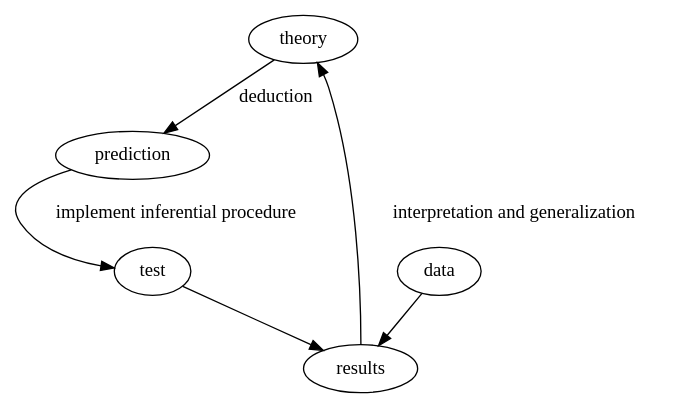
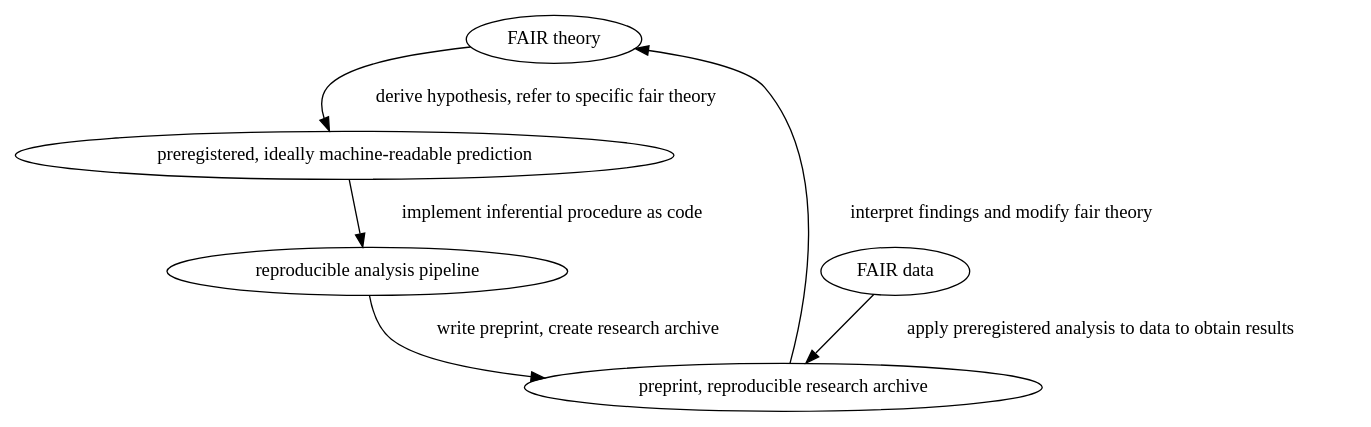
One commit to cjvanlissa/empirical_cycle_-_Van_Lissa changed the diagram in empirical_cycle.dot. Above: the diagram before and after it, drawn with Graphviz.

```diff
--- a/empirical_cycle.dot
+++ b/empirical_cycle.dot
@@ -1,13 +1,13 @@
 digraph {
-  theory;
-  prediction;
-  data;
-  test;
-  results;
+  theory [label="FAIR theory"];
+  prediction [label="preregistered, ideally machine-readable prediction"];
+  data [label="FAIR data"];
+  test [label="reproducible analysis pipeline"];
+  results [label="preprint, reproducible research archive"];
 
-  theory -> prediction [label="deduction"];
-  prediction -> test [label = "implement inferential procedure"];
-  data -> results;
-  test -> results;
-  results -> theory [label="interpretation and generalization"];
+  theory -> prediction [label="derive hypothesis, refer to specific fair theory"];
+  prediction -> test [label = "implement inferential procedure as code"];
+  data -> results [label="apply preregistered analysis to data to obtain results"];
+  test -> results [label = "write preprint, create research archive"];
+  results -> theory [label="interpret findings and modify fair theory"];
 }
```
